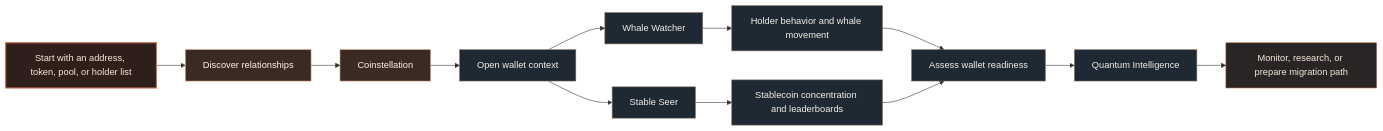
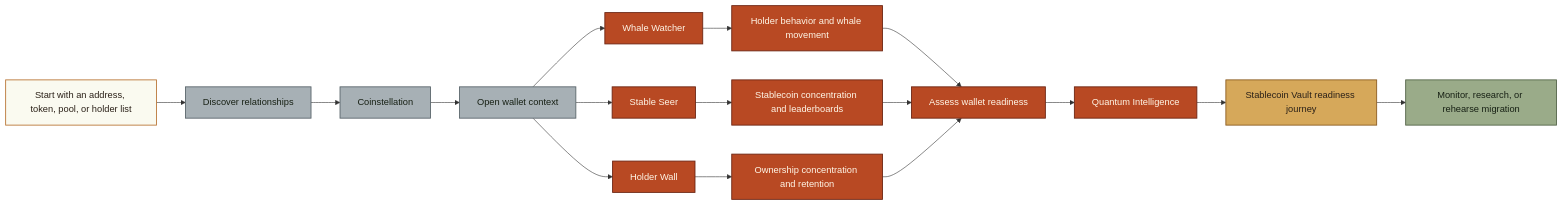
The first of 2 diagrams in profile/README.md (Wallet-Wall/.github), drawn with Mermaid before and after one commit. The commit also changed other lines of this file and 1 other file, not shown here.

````diff
--- a/profile/README.md
+++ b/profile/README.md
@@ -22,30 +22,36 @@
 ```mermaid
 flowchart LR
     start[Start with an address, token, pool, or holder list]
 
     start --> discover[Discover relationships]
     discover --> coinstellation[Coinstellation]
 
     coinstellation --> wallet[Open wallet context]
     wallet --> whaleWatcher[Whale Watcher]
     wallet --> stableSeer[Stable Seer]
+    wallet --> holderWall[Holder Wall]
 
     whaleWatcher --> behavior[Holder behavior and whale movement]
     stableSeer --> concentration[Stablecoin concentration and leaderboards]
+    holderWall --> ownership[Ownership concentration and retention]
 
     behavior --> readiness[Assess wallet readiness]
     concentration --> readiness
+    ownership --> readiness
 
     readiness --> quantumIntel[Quantum Intelligence]
-    quantumIntel --> outcomes[Monitor, research, or prepare migration path]
+    quantumIntel --> vaultReadiness[Stablecoin Vault readiness journey]
+    vaultReadiness --> outcomes[Monitor, research, or rehearse migration]
 
-    classDef entry fill:#2F1F1A,stroke:#C66B4E,color:#F7EADC,stroke-width:2px
-    classDef discovery fill:#3A2A24,stroke:#D98F6F,color:#FFF3E5,stroke-width:1px
-    classDef surface fill:#1F2933,stroke:#8B6F61,color:#F4EFE8,stroke-width:1px
-    classDef outcome fill:#292524,stroke:#C66B4E,color:#F7EADC,stroke-width:1px
+    classDef entry fill:#FAFAF0,stroke:#B87333,color:#2B2118,stroke-width:1.5px;
+    classDef discovery fill:#A7B0B5,stroke:#59646A,color:#172014,stroke-width:1.5px;
+    classDef surface fill:#B84923,stroke:#6B2412,color:#FFF7E8,stroke-width:1.5px;
+    classDef journey fill:#D6A85A,stroke:#8A5A1F,color:#2B2118,stroke-width:1.5px;
+    classDef outcome fill:#9AAB89,stroke:#526246,color:#172014,stroke-width:1.5px;
 
     class start entry
-    class discover,coinstellation discovery
-    class wallet,whaleWatcher,stableSeer,behavior,concentration,readiness,quantumIntel surface
+    class discover,coinstellation,wallet discovery
+    class whaleWatcher,stableSeer,holderWall,behavior,concentration,ownership,readiness,quantumIntel surface
+    class vaultReadiness journey
     class outcomes outcome
 ```
````
